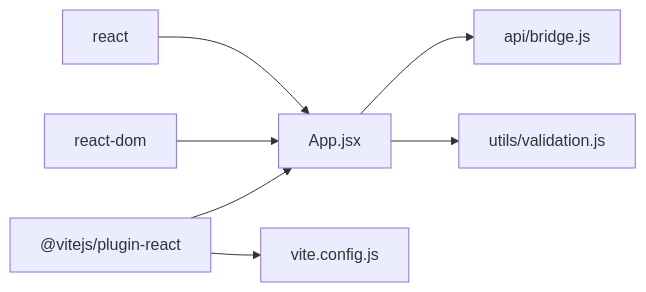
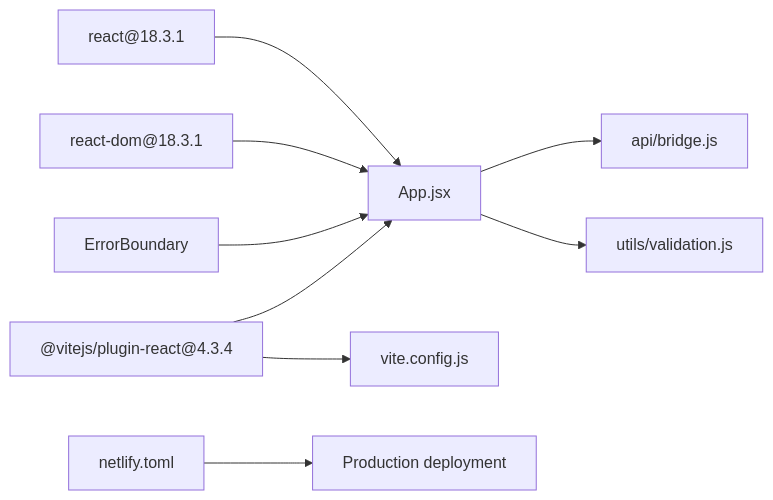
One commit to KaranMakani/deposit-fixer changed the sixth of 6 diagrams in .qoder/repowiki/en/content/Development Guide.md. Above: the diagram before and after it, drawn with Mermaid. The commit also changed other lines of this file and 10 other files, not shown here.

````diff
--- a/.qoder/repowiki/en/content/Development Guide.md
+++ b/.qoder/repowiki/en/content/Development Guide.md
@@ -258,9 +336,11 @@
 ```mermaid
 graph LR
-React["react"] --> App["App.jsx"]
-ReactDOM["react-dom"] --> App
+React["react@18.3.1"] --> App["App.jsx"]
+ReactDOM["react-dom@18.3.1"] --> App
 App --> API["api/bridge.js"]
 App --> VALID["utils/validation.js"]
-Vite["@vitejs/plugin-react"] --> ViteCfg["vite.config.js"]
+ErrorBoundary["ErrorBoundary"] --> App
+Vite["@vitejs/plugin-react@4.3.4"] --> ViteCfg["vite.config.js"]
 Vite --> App
+Netlify["netlify.toml"] --> Deploy["Production deployment"]
 ```
````
